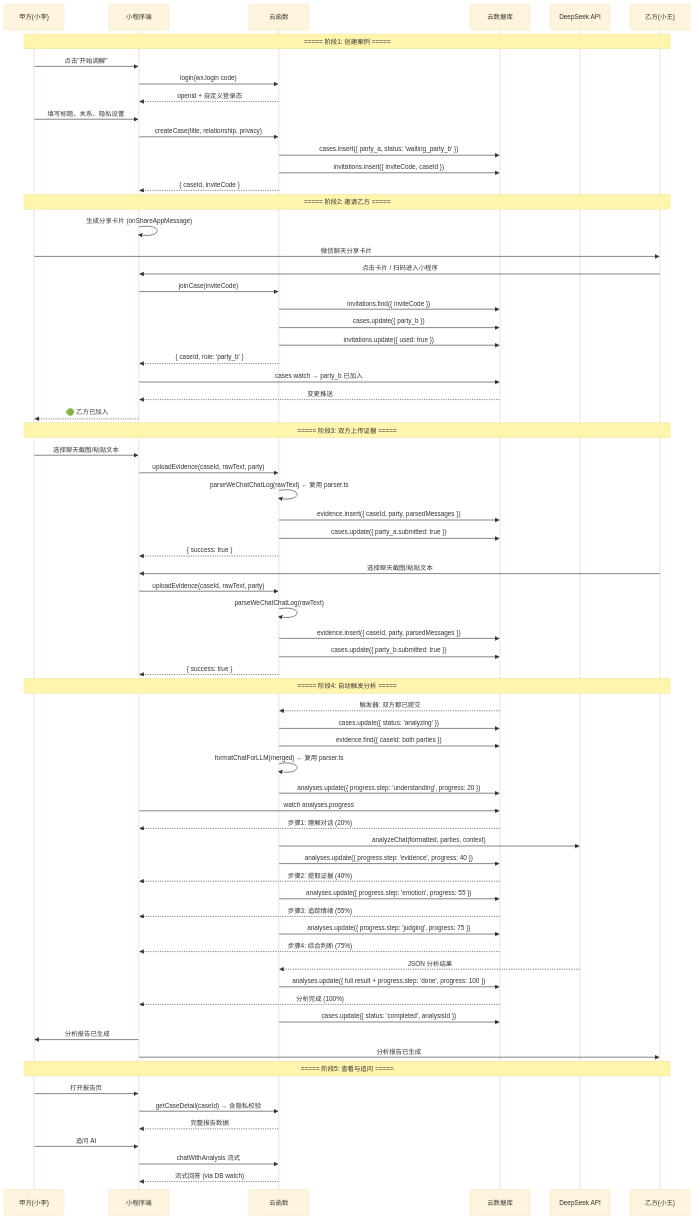
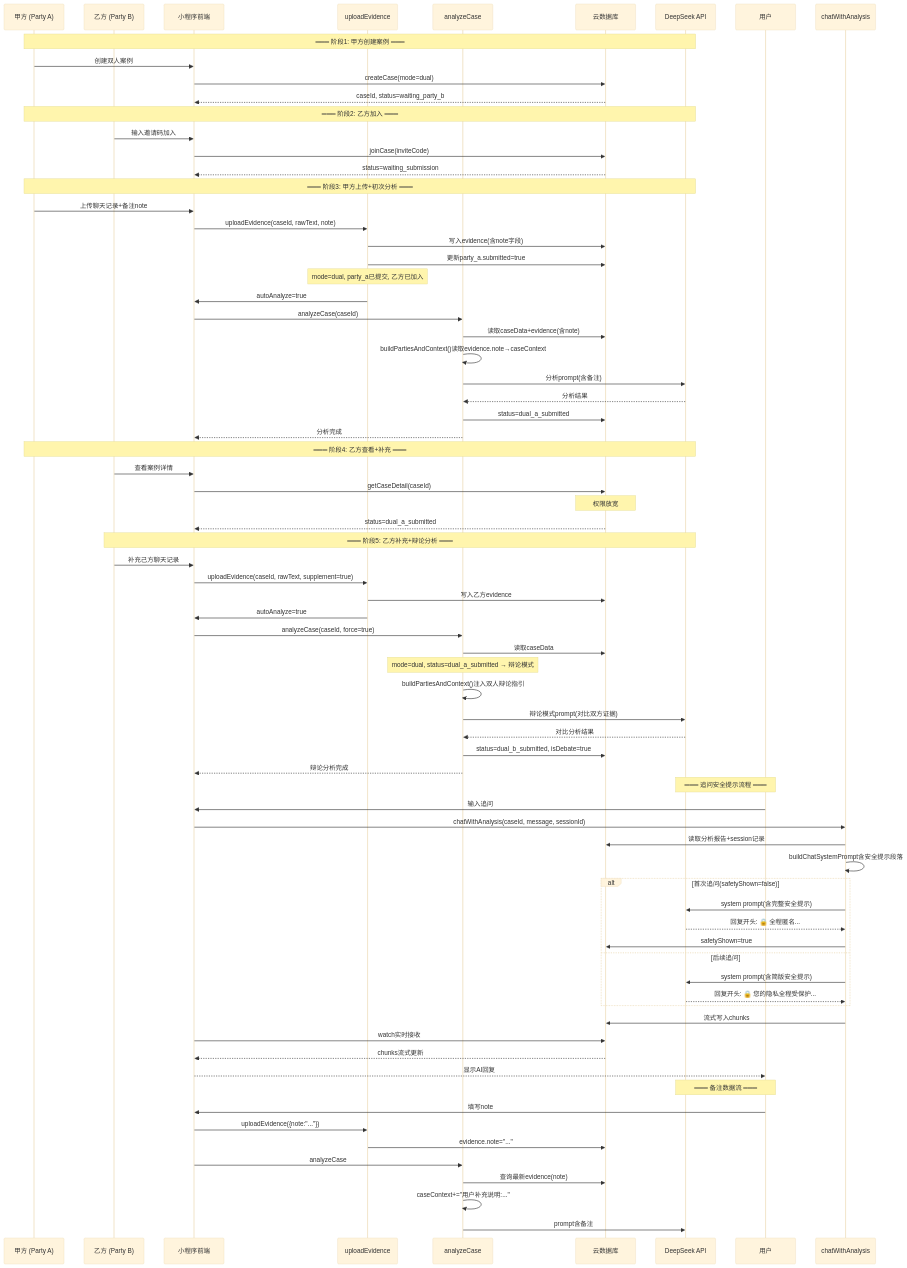
The diagram in docs/sequence-diagram.mermaid (leohexxx/ai-mediator), drawn with Mermaid (base theme) before and after one commit. The commit also changed 355 other files, not shown here.

```diff
--- a/docs/sequence-diagram.mermaid
+++ b/docs/sequence-diagram.mermaid
@@ -1,75 +1,83 @@
 sequenceDiagram
-    participant A as 甲方(小李)
-    participant MP as 小程序端
-    participant CF as 云函数
+    participant A as 甲方 (Party A)
+    participant B as 乙方 (Party B)
+    participant FE as 小程序前端
+    participant UE as uploadEvidence
+    participant AC as analyzeCase
     participant DB as 云数据库
     participant LLM as DeepSeek API
-    participant B as 乙方(小王)
 
-    Note over A,B: ===== 阶段1: 创建案例 =====
-    A->>MP: 点击"开始调解"
-    MP->>CF: login(wx.login code)
-    CF-->>MP: openid + 自定义登录态
-    A->>MP: 填写标题、关系、隐私设置
-    MP->>CF: createCase(title, relationship, privacy)
-    CF->>DB: cases.insert({ party_a, status: 'waiting_party_b' })
-    CF->>DB: invitations.insert({ inviteCode, caseId })
-    CF-->>MP: { caseId, inviteCode }
+    Note over A,LLM: ═══ 阶段1: 甲方创建案例 ═══
+    A->>FE: 创建双人案例
+    FE->>DB: createCase(mode=dual)
+    DB-->>FE: caseId, status=waiting_party_b
 
-    Note over A,B: ===== 阶段2: 邀请乙方 =====
-    MP->>MP: 生成分享卡片 (onShareAppMessage)
-    A->>B: 微信聊天分享卡片
-    B->>MP: 点击卡片 / 扫码进入小程序
-    MP->>CF: joinCase(inviteCode)
-    CF->>DB: invitations.find({ inviteCode })
-    CF->>DB: cases.update({ party_b })
-    CF->>DB: invitations.update({ used: true })
-    CF-->>MP: { caseId, role: 'party_b' }
-    MP->>DB: cases watch → party_b 已加入
-    DB-->>MP: 变更推送
-    MP-->>A: 🟢 乙方已加入
+    Note over A,LLM: ═══ 阶段2: 乙方加入 ═══
+    B->>FE: 输入邀请码加入
+    FE->>DB: joinCase(inviteCode)
+    DB-->>FE: status=waiting_submission
 
-    Note over A,B: ===== 阶段3: 双方上传证据 =====
-    A->>MP: 选择聊天截图/粘贴文本
-    MP->>CF: uploadEvidence(caseId, rawText, party)
-    CF->>CF: parseWeChatChatLog(rawText) ← 复用 parser.ts
-    CF->>DB: evidence.insert({ caseId, party, parsedMessages })
-    CF->>DB: cases.update({ party_a.submitted: true })
-    CF-->>MP: { success: true }
+    Note over A,LLM: ═══ 阶段3: 甲方上传+初次分析 ═══
+    A->>FE: 上传聊天记录+备注note
+    FE->>UE: uploadEvidence(caseId, rawText, note)
+    UE->>DB: 写入evidence(含note字段)
+    UE->>DB: 更新party_a.submitted=true
+    Note over UE: mode=dual, party_a已提交, 乙方已加入
+    UE->>FE: autoAnalyze=true
+    FE->>AC: analyzeCase(caseId)
+    AC->>DB: 读取caseData+evidence(含note)
+    AC->>AC: buildPartiesAndContext()读取evidence.note→caseContext
+    AC->>LLM: 分析prompt(含备注)
+    LLM-->>AC: 分析结果
+    AC->>DB: status=dual_a_submitted
+    AC-->>FE: 分析完成
 
-    B->>MP: 选择聊天截图/粘贴文本
-    MP->>CF: uploadEvidence(caseId, rawText, party)
-    CF->>CF: parseWeChatChatLog(rawText)
-    CF->>DB: evidence.insert({ caseId, party, parsedMessages })
-    CF->>DB: cases.update({ party_b.submitted: true })
-    CF-->>MP: { success: true }
+    Note over A,LLM: ═══ 阶段4: 乙方查看+补充 ═══
+    B->>FE: 查看案例详情
+    FE->>DB: getCaseDetail(caseId)
+    Note over DB: 权限放宽
+    DB-->>FE: status=dual_a_submitted
 
-    Note over A,B: ===== 阶段4: 自动触发分析 =====
-    DB-->>CF: 触发器: 双方都已提交
-    CF->>DB: cases.update({ status: 'analyzing' })
-    CF->>DB: evidence.find({ caseId: both parties })
-    CF->>CF: formatChatForLLM(merged) ← 复用 parser.ts
-    CF->>DB: analyses.update({ progress.step: 'understanding', progress: 20 })
-    MP->>DB: watch analyses.progress
-    DB-->>MP: 步骤1: 理解对话 (20%)
-    CF->>LLM: analyzeChat(formatted, parties, context)
-    CF->>DB: analyses.update({ progress.step: 'evidence', progress: 40 })
-    DB-->>MP: 步骤2: 提取证据 (40%)
-    CF->>DB: analyses.update({ progress.step: 'emotion', progress: 55 })
-    DB-->>MP: 步骤3: 追踪情绪 (55%)
-    CF->>DB: analyses.update({ progress.step: 'judging', progress: 75 })
-    DB-->>MP: 步骤4: 综合判断 (75%)
-    LLM-->>CF: JSON 分析结果
-    CF->>DB: analyses.update({ full result + progress.step: 'done', progress: 100 })
-    DB-->>MP: 分析完成 (100%)
-    CF->>DB: cases.update({ status: 'completed', analysisId })
-    MP->>A: 分析报告已生成
-    MP->>B: 分析报告已生成
+    Note over B,LLM: ═══ 阶段5: 乙方补充+辩论分析 ═══
+    B->>FE: 补充己方聊天记录
+    FE->>UE: uploadEvidence(caseId, rawText, supplement=true)
+    UE->>DB: 写入乙方evidence
+    UE->>FE: autoAnalyze=true
+    FE->>AC: analyzeCase(caseId, force=true)
+    AC->>DB: 读取caseData
+    Note over AC: mode=dual, status=dual_a_submitted → 辩论模式
+    AC->>AC: buildPartiesAndContext()注入双人辩论指引
+    AC->>LLM: 辩论模式prompt(对比双方证据)
+    LLM-->>AC: 对比分析结果
+    AC->>DB: status=dual_b_submitted, isDebate=true
+    AC-->>FE: 辩论分析完成
 
-    Note over A,B: ===== 阶段5: 查看与追问 =====
-    A->>MP: 打开报告页
-    MP->>CF: getCaseDetail(caseId) → 含隐私校验
-    CF-->>MP: 完整报告数据
-    A->>MP: 追问 AI
-    MP->>CF: chatWithAnalysis 流式
-    CF-->>MP: 流式回答 (via DB watch)
+    Note over U,LLM: ═══ 追问安全提示流程 ═══
+    participant U as 用户
+    participant CW as chatWithAnalysis
+
+    U->>FE: 输入追问
+    FE->>CW: chatWithAnalysis(caseId, message, sessionId)
+    CW->>DB: 读取分析报告+session记录
+    CW->>CW: buildChatSystemPrompt含安全提示段落
+    alt 首次追问(safetyShown=false)
+        CW->>LLM: system prompt(含完整安全提示)
+        LLM-->>CW: 回复开头: 🔒 全程匿名...
+        CW->>DB: safetyShown=true
+    else 后续追问
+        CW->>LLM: system prompt(含简版安全提示)
+        LLM-->>CW: 回复开头: 🔒 您的隐私全程受保护...
+    end
+    CW->>DB: 流式写入chunks
+    FE->>DB: watch实时接收
+    DB-->>FE: chunks流式更新
+    FE-->>U: 显示AI回复
+
+    Note over U,LLM: ═══ 备注数据流 ═══
+    U->>FE: 填写note
+    FE->>UE: uploadEvidence({note:"..."})
+    UE->>DB: evidence.note="..."
+    FE->>AC: analyzeCase
+    AC->>DB: 查询最新evidence(note)
+    AC->>AC: caseContext+="用户补充说明:..."
+    AC->>LLM: prompt含备注
```
